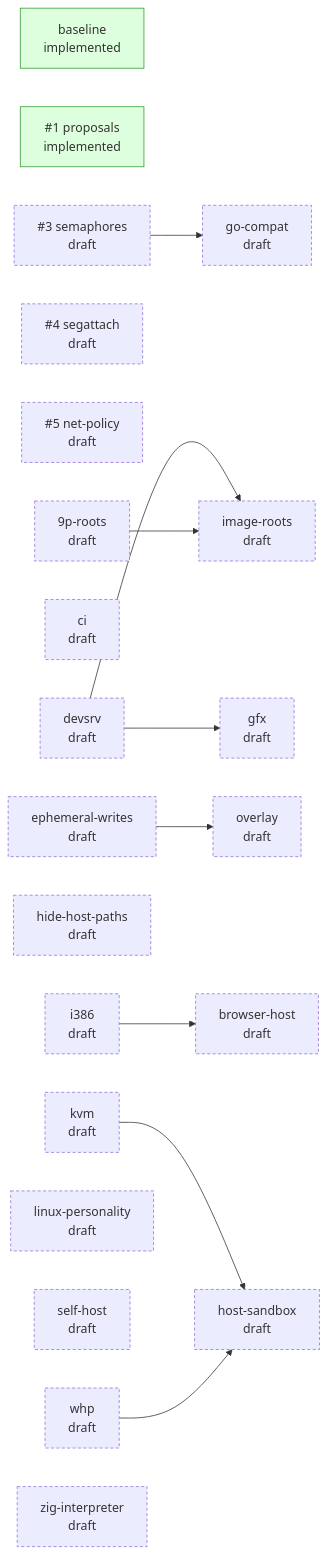
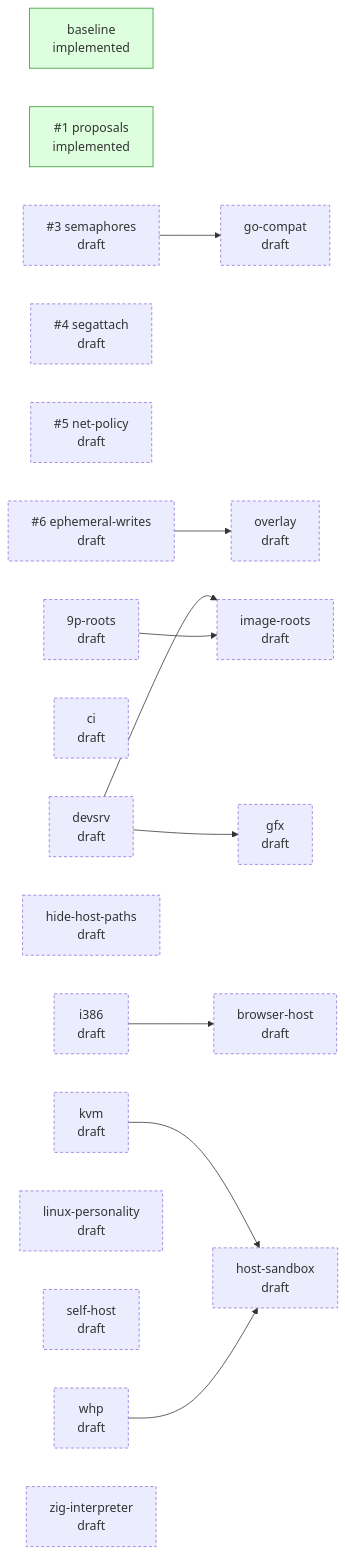
Before and after one commit to jpf/hyper9: the diagram in README.md, drawn with Mermaid. The commit also changed other lines of this file and 5 other files, not shown here.

Commit message:
design: file ephemeral-writes as #6

````diff
--- a/README.md
+++ b/README.md
@@ -39,37 +39,37 @@
 ```mermaid
 flowchart LR
   classDef draft stroke-dasharray: 4 3
   classDef accepted stroke-width: 2px
   classDef implemented fill:#dfd,stroke:#393
   classDef closed fill:#eee,stroke:#999,color:#777
   p_baseline["baseline<br/>implemented"]:::implemented
   p_proposals["#35;1 proposals<br/>implemented"]:::implemented
   p_semaphores["#35;3 semaphores<br/>draft"]:::draft
   p_segattach["#35;4 segattach<br/>draft"]:::draft
   p_net_policy["#35;5 net-policy<br/>draft"]:::draft
+  p_ephemeral_writes["#35;6 ephemeral-writes<br/>draft"]:::draft
   p_9p_roots["9p-roots<br/>draft"]:::draft
   p_browser_host["browser-host<br/>draft"]:::draft
   p_ci["ci<br/>draft"]:::draft
   p_devsrv["devsrv<br/>draft"]:::draft
-  p_ephemeral_writes["ephemeral-writes<br/>draft"]:::draft
   p_gfx["gfx<br/>draft"]:::draft
   p_go_compat["go-compat<br/>draft"]:::draft
   p_hide_host_paths["hide-host-paths<br/>draft"]:::draft
   p_host_sandbox["host-sandbox<br/>draft"]:::draft
   p_i386["i386<br/>draft"]:::draft
   p_image_roots["image-roots<br/>draft"]:::draft
   p_kvm["kvm<br/>draft"]:::draft
   p_linux_personality["linux-personality<br/>draft"]:::draft
   p_overlay["overlay<br/>draft"]:::draft
   p_self_host["self-host<br/>draft"]:::draft
   p_whp["whp<br/>draft"]:::draft
   p_zig_interpreter["zig-interpreter<br/>draft"]:::draft
   p_i386 --> p_browser_host
   p_devsrv --> p_gfx
   p_semaphores --> p_go_compat
   p_kvm --> p_host_sandbox
   p_whp --> p_host_sandbox
   p_devsrv --> p_image_roots
   p_9p_roots --> p_image_roots
   p_ephemeral_writes --> p_overlay
 ```
````
